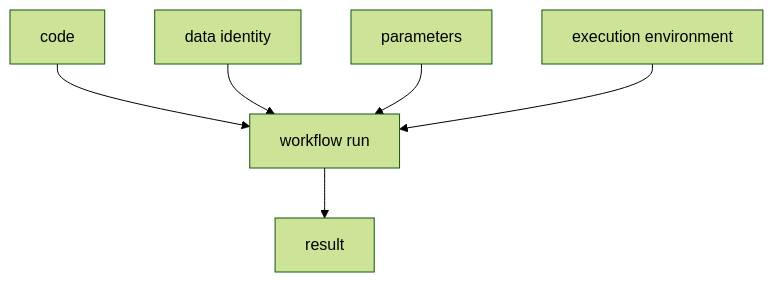
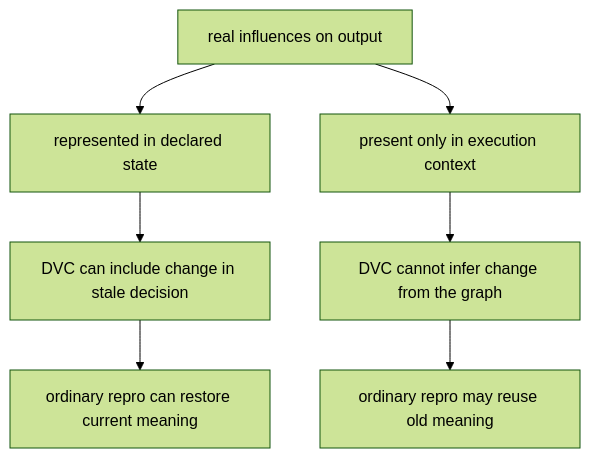
One commit to bijux/bijux-masterclass changed the third of 3 diagrams in programs/reproducible-research/deep-dive-dvc/course-book/module-03-execution-environments-reproducible-inputs/execution-environment-as-part-of-the-input-surface.md. Above: the diagram before and after it, drawn with Mermaid (forest theme). The commit also changed other lines of this file, not shown here.

Commit message:
docs(dvc): prove runtime belongs to the input surface

````diff
--- a/programs/reproducible-research/deep-dive-dvc/course-book/module-03-execution-environments-reproducible-inputs/execution-environment-as-part-of-the-input-surface.md
+++ b/programs/reproducible-research/deep-dive-dvc/course-book/module-03-execution-environments-reproducible-inputs/execution-environment-as-part-of-the-input-surface.md
@@ -93,8 +78,9 @@
 ```mermaid
 flowchart TD
-  code["code"] --> run["workflow run"]
-  data["data identity"] --> run
-  params["parameters"] --> run
-  env["execution environment"] --> run
-  run --> result["result"]
+  real["real influences on output"] --> visible["represented in declared state"]
+  real --> hidden["present only in execution context"]
+  visible --> planner["DVC can include change in stale decision"]
+  hidden --> blind["DVC cannot infer change from the graph"]
+  planner --> current["ordinary repro can restore current meaning"]
+  blind --> reuse["ordinary repro may reuse old meaning"]
 ```
````
